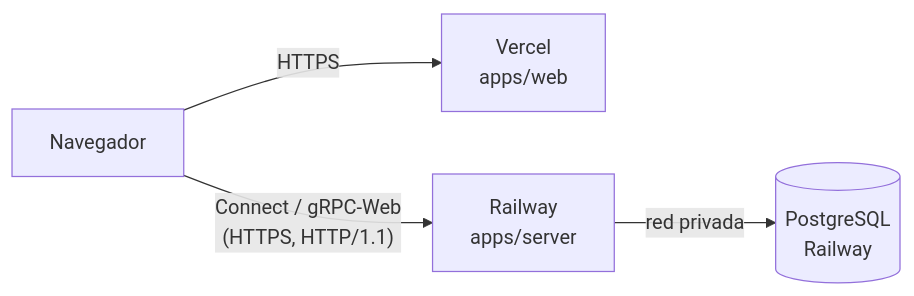
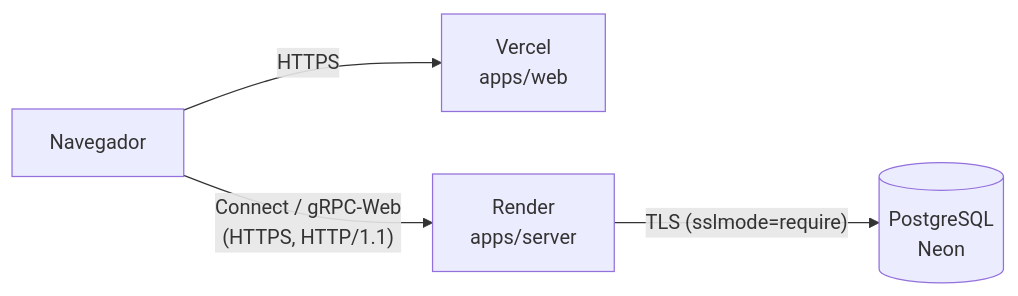
One commit to SantiagoTyrsArv/gRPC changed the diagram in docs/deployment.md. Above: the diagram before and after it, drawn with Mermaid. The commit also changed other lines of this file and 6 other files, not shown here.

First line of the commit message:
build: desplegar backend en render con base de datos en neon

````diff
--- a/docs/deployment.md
+++ b/docs/deployment.md
@@ -10,6 +11,6 @@
 ```mermaid
 flowchart LR
   U[Navegador] -- HTTPS --> V[Vercel<br/>apps/web]
-  U -- "Connect / gRPC-Web<br/>(HTTPS, HTTP/1.1)" --> R[Railway<br/>apps/server]
-  R -- red privada --> P[(PostgreSQL<br/>Railway)]
+  U -- "Connect / gRPC-Web<br/>(HTTPS, HTTP/1.1)" --> R[Render<br/>apps/server]
+  R -- "TLS (sslmode=require)" --> P[(PostgreSQL<br/>Neon)]
 ```
````
